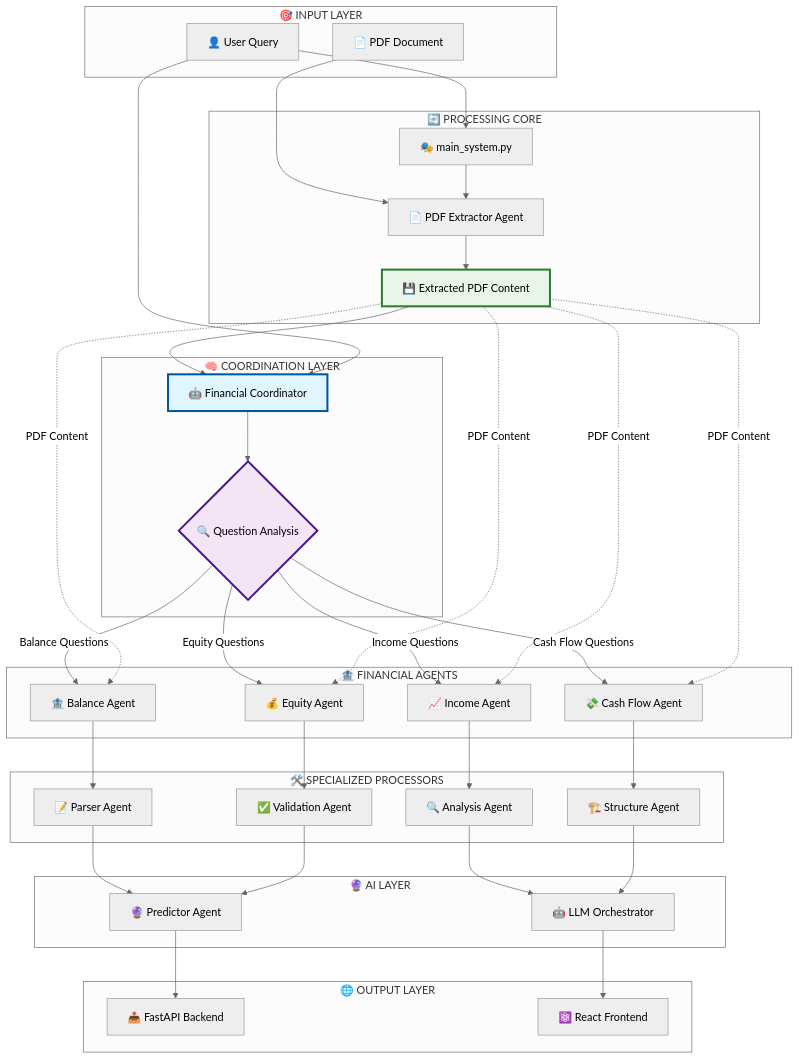
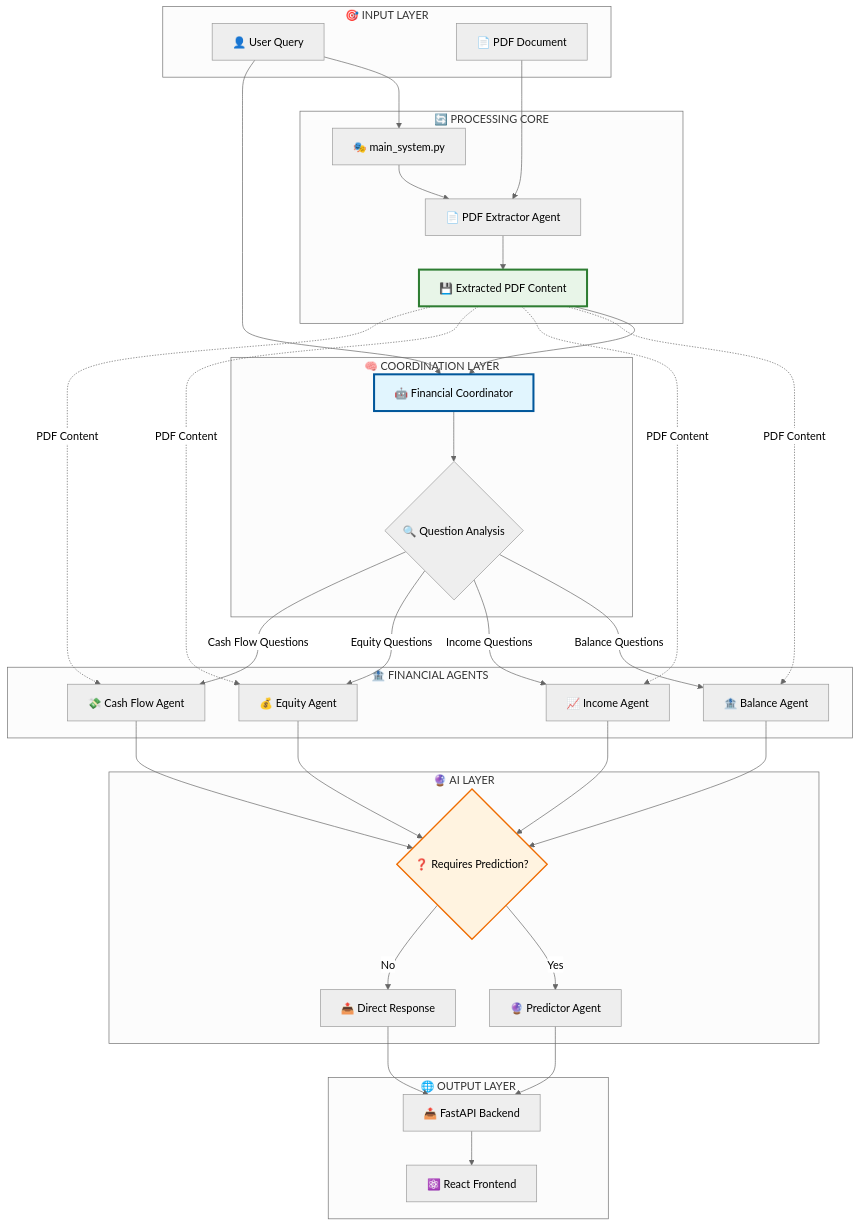
Before and after one commit to rociosolis12/agent_LLM: the diagram in README.md, drawn with Mermaid (neutral theme). The commit also changed other lines of this file, not shown here.

````diff
--- a/README.md
+++ b/README.md
@@ -47,77 +51,68 @@
 ```mermaid
 graph TB
     subgraph "🎯 INPUT LAYER"
         A[👤 User Query]
         B[📄 PDF Document]
     end
     
     subgraph "🔄 PROCESSING CORE"
         C[🎭 main_system.py]
         D[📄 PDF Extractor Agent]
         E[💾 Extracted PDF Content]
     end
     
     subgraph "🧠 COORDINATION LAYER"
         F[🤖 Financial Coordinator]
         G{🔍 Question Analysis}
     end
     
     subgraph "🏦 FINANCIAL AGENTS"
         G -->|Balance Questions| H[🏦 Balance Agent]
         G -->|Income Questions| I[📈 Income Agent]
         G -->|Equity Questions| J[💰 Equity Agent]
         G -->|Cash Flow Questions| K[💸 Cash Flow Agent]
     end
     
-    subgraph "🛠️ SPECIALIZED PROCESSORS"
-        L[📝 Parser Agent]
-        M[🔍 Analysis Agent]
-        N[✅ Validation Agent]
-        O[🏗️ Structure Agent]
-    end
-    
     subgraph "🔮 AI LAYER"
-        P[🔮 Predictor Agent]
-        Q[🤖 LLM Orchestrator]
+        L{❓ Requires Prediction?}
+        M[🔮 Predictor Agent]
+        N[📤 Direct Response]
     end
     
     subgraph "🌐 OUTPUT LAYER"
-        R[📤 FastAPI Backend]
-        S[⚛️ React Frontend]
+        O[📤 FastAPI Backend]
+        P[⚛️ React Frontend]
     end
     
     %% Flujo principal
     A --> C
     B --> D
     C --> D
     D --> E
     E --> F
     A --> F
     F --> G
     
     %% Los agentes usan el PDF extraído como input
     E -.->|PDF Content| H
     E -.->|PDF Content| I
     E -.->|PDF Content| J
     E -.->|PDF Content| K
     
-    %% Procesamiento especializado
+    %% Decisión de predicción
     H --> L
-    I --> M
-    J --> N
-    K --> O
+    I --> L
+    J --> L
+    K --> L
     
-    %% AI Layer
-    L --> P
-    M --> Q
-    N --> P
-    O --> Q
-    
-    %% Output
-    P --> R
-    Q --> S
+    %% Flujo condicional
+    L -->|Yes| M
+    L -->|No| N
+    M --> O
+    N --> O
+    O --> P
     
     style E fill:#e8f5e8,stroke:#2e7d32,stroke-width:3px
     style F fill:#e1f5fe,stroke:#01579b,stroke-width:3px
-    style G fill:#f3e5f5,stroke:#4a148c,stroke-width:3px
+    style L fill:#fff3e0,stroke:#ef6c00,stroke-width:2px
 ```
````
